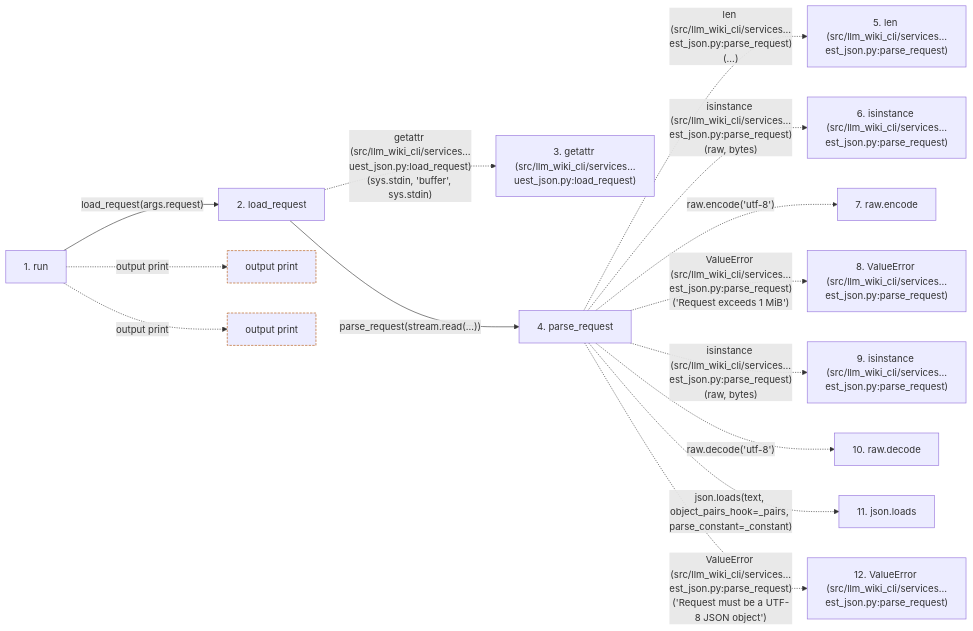
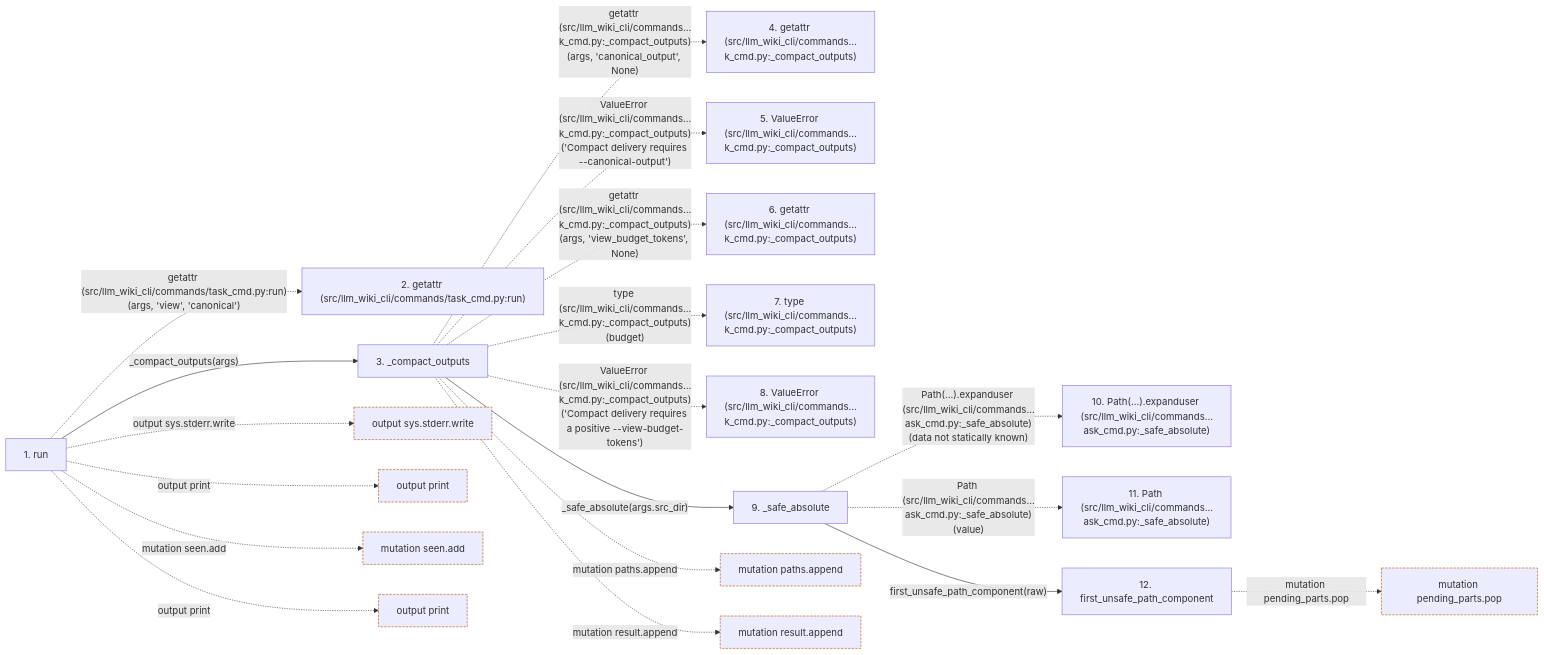
One commit to Denissvgn/python-wiki-llm changed the second of 2 diagrams in docs/llm_wiki/flows/cli-task-context.md. Above: the diagram before and after it, drawn with Mermaid. The commit also changed other lines of this file and 1410 other files, not shown here.

First line of the commit message:
Add source-grounded task guides and re-anchor the maintained wiki

````diff
--- a/docs/llm_wiki/flows/cli-task-context.md
+++ b/docs/llm_wiki/flows/cli-task-context.md
@@ -115,36 +103,52 @@
 ```mermaid
 flowchart LR
     s1["1. run"]
-    s2["2. load_request"]
-    s3["3. getattr (src/llm_wiki_cli/services…uest_json.py:load_request)"]
-    s4["4. parse_request"]
-    s5["5. len (src/llm_wiki_cli/services…est_json.py:parse_request)"]
-    s6["6. isinstance (src/llm_wiki_cli/services…est_json.py:parse_request)"]
-    s7["7. raw.encode"]
-    s8["8. ValueError (src/llm_wiki_cli/services…est_json.py:parse_request)"]
-    s9["9. isinstance (src/llm_wiki_cli/services…est_json.py:parse_request)"]
-    s10["10. raw.decode"]
-    s11["11. json.loads"]
-    s12["12. ValueError (src/llm_wiki_cli/services…est_json.py:parse_request)"]
-    s1 -->|"load_request(args.request)"| s2
-    s2 -. "getattr (src/llm_wiki_cli/services…uest_json.py:load_request)(sys.stdin, 'buffer', sys.stdin)" .-> s3
-    s2 -->|"parse_request(stream.read(...))"| s4
-    s4 -. "len (src/llm_wiki_cli/services…est_json.py:parse_request)(...)" .-> s5
-    s4 -. "isinstance (src/llm_wiki_cli/services…est_json.py:parse_request)(raw, bytes)" .-> s6
-    s4 -. "raw.encode('utf-8')" .-> s7
-    s4 -. "ValueError (src/llm_wiki_cli/services…est_json.py:parse_request)('Request exceeds 1 MiB')" .-> s8
-    s4 -. "isinstance (src/llm_wiki_cli/services…est_json.py:parse_request)(raw, bytes)" .-> s9
-    s4 -. "raw.decode('utf-8')" .-> s10
-    s4 -. "json.loads(text, object_pairs_hook=_pairs, parse_constant=_constant)" .-> s11
-    s4 -. "ValueError (src/llm_wiki_cli/services…est_json.py:parse_request)('Request must be a UTF-8 JSON object')" .-> s12
-    b0["output print"]
-    s1 -. "output print" .-> b0
+    s2["2. getattr (src/llm_wiki_cli/commands/task_cmd.py:run)"]
+    s3["3. _compact_outputs"]
+    s4["4. getattr (src/llm_wiki_cli/commands…k_cmd.py:_compact_outputs)"]
+    s5["5. ValueError (src/llm_wiki_cli/commands…k_cmd.py:_compact_outputs)"]
+    s6["6. getattr (src/llm_wiki_cli/commands…k_cmd.py:_compact_outputs)"]
+    s7["7. type (src/llm_wiki_cli/commands…k_cmd.py:_compact_outputs)"]
+    s8["8. ValueError (src/llm_wiki_cli/commands…k_cmd.py:_compact_outputs)"]
+    s9["9. _safe_absolute"]
+    s10["10. Path(…).expanduser (src/llm_wiki_cli/commands…ask_cmd.py:_safe_absolute)"]
+    s11["11. Path (src/llm_wiki_cli/commands…ask_cmd.py:_safe_absolute)"]
+    s12["12. first_unsafe_path_component"]
+    s1 -. "getattr (src/llm_wiki_cli/commands/task_cmd.py:run)(args, 'view', 'canonical')" .-> s2
+    s1 -->|"_compact_outputs(args)"| s3
+    s3 -. "getattr (src/llm_wiki_cli/commands…k_cmd.py:_compact_outputs)(args, 'canonical_output', None)" .-> s4
+    s3 -. "ValueError (src/llm_wiki_cli/commands…k_cmd.py:_compact_outputs)('Compact delivery requires --canonical-output')" .-> s5
+    s3 -. "getattr (src/llm_wiki_cli/commands…k_cmd.py:_compact_outputs)(args, 'view_budget_tokens', None)" .-> s6
+    s3 -. "type (src/llm_wiki_cli/commands…k_cmd.py:_compact_outputs)(budget)" .-> s7
+    s3 -. "ValueError (src/llm_wiki_cli/commands…k_cmd.py:_compact_outputs)('Compact delivery requires a positive --view-budget-tokens')" .-> s8
+    s3 -->|"_safe_absolute(args.src_dir)"| s9
+    s9 -. "Path(…).expanduser (src/llm_wiki_cli/commands…ask_cmd.py:_safe_absolute)(data not statically known)" .-> s10
+    s9 -. "Path (src/llm_wiki_cli/commands…ask_cmd.py:_safe_absolute)(value)" .-> s11
+    s9 -->|"first_unsafe_path_component(raw)"| s12
+    b0["output sys.stderr.write"]
+    s1 -. "output sys.stderr.write" .-> b0
     b1["output print"]
     s1 -. "output print" .-> b1
+    b2["mutation seen.add"]
+    s1 -. "mutation seen.add" .-> b2
+    b3["output print"]
+    s1 -. "output print" .-> b3
+    b4["mutation paths.append"]
+    s3 -. "mutation paths.append" .-> b4
+    b5["mutation result.append"]
+    s3 -. "mutation result.append" .-> b5
+    b6["mutation pending_parts.pop"]
+    s12 -. "mutation pending_parts.pop" .-> b6
     click s1 "../modules/task_cmd.md"
-    click s2 "../modules/request_json.md"
-    click s4 "../modules/request_json.md"
+    click s3 "../modules/task_cmd.md"
+    click s9 "../modules/task_cmd.md"
+    click s12 "../modules/io.md"
     classDef boundary stroke:#b45309,stroke-dasharray: 4 2
     class b0 boundary
     class b1 boundary
+    class b2 boundary
+    class b3 boundary
+    class b4 boundary
+    class b5 boundary
+    class b6 boundary
 ```
````
